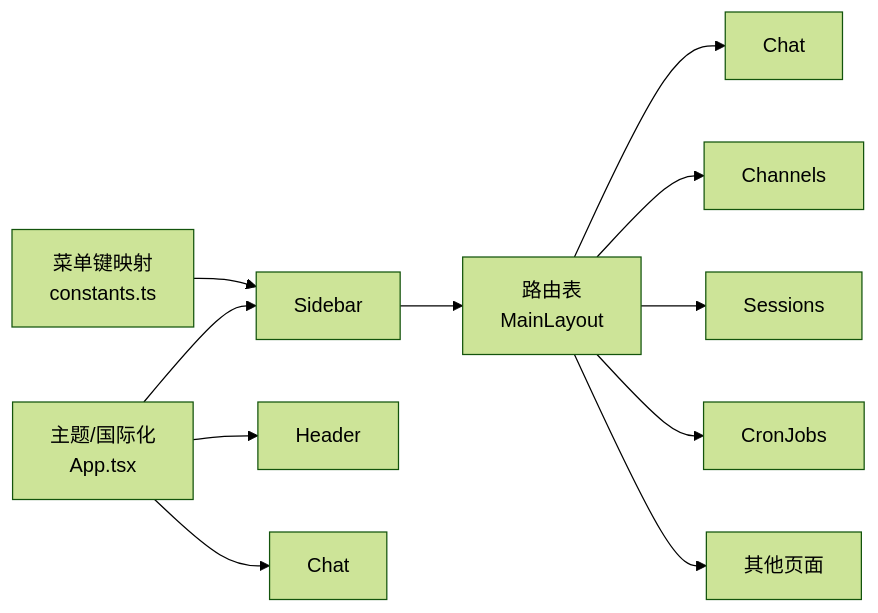
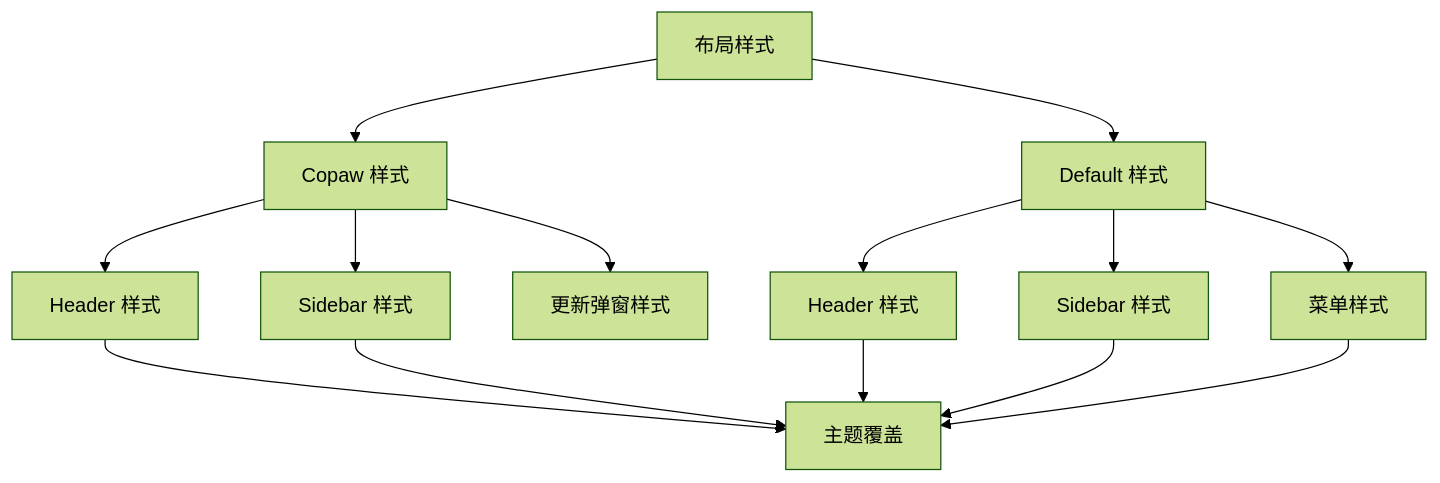
One commit to joezxh/CoPaw changed the sixth of 6 diagrams in .qoder/repowiki/zh/content/前端控制台/布局系统.md. Above: the diagram before and after it, drawn with Mermaid (forest theme). The commit also changed other lines of this file and 20 other files, not shown here.

````diff
--- a/.qoder/repowiki/zh/content/前端控制台/布局系统.md
+++ b/.qoder/repowiki/zh/content/前端控制台/布局系统.md
@@ -217,13 +225,16 @@
 ```mermaid
-graph LR
-R["路由表<br/>MainLayout"] --> P1["Chat"]
-R --> P2["Channels"]
-R --> P3["Sessions"]
-R --> P4["CronJobs"]
-R --> P5["其他页面"]
-M["菜单键映射<br/>constants.ts"] --> S["Sidebar"]
-S --> R
-T["主题/国际化<br/>App.tsx"] --> H["Header"]
-T --> S
-T --> C["Chat"]
+graph TB
+A["布局样式"] --> B["Copaw 样式"]
+A --> C["Default 样式"]
+B --> D["Header 样式"]
+B --> E["Sidebar 样式"]
+B --> F["更新弹窗样式"]
+C --> G["Header 样式"]
+C --> H["Sidebar 样式"]
+C --> I["菜单样式"]
+D --> J["主题覆盖"]
+E --> J
+G --> J
+H --> J
+I --> J
 ```
````
